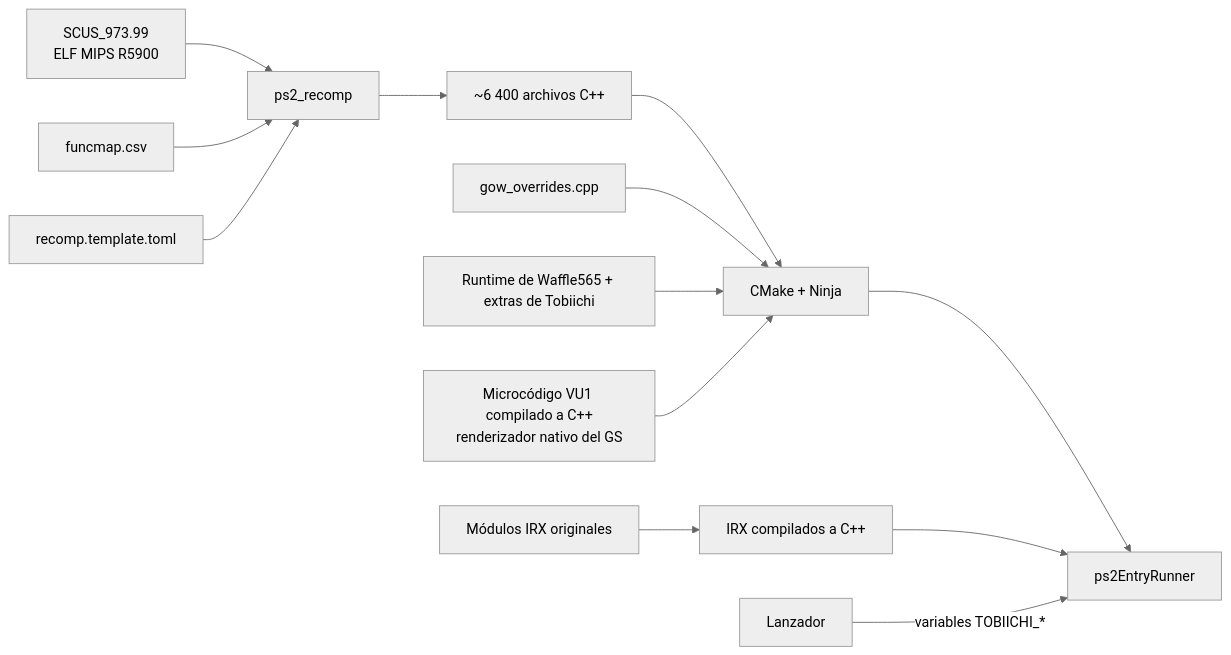
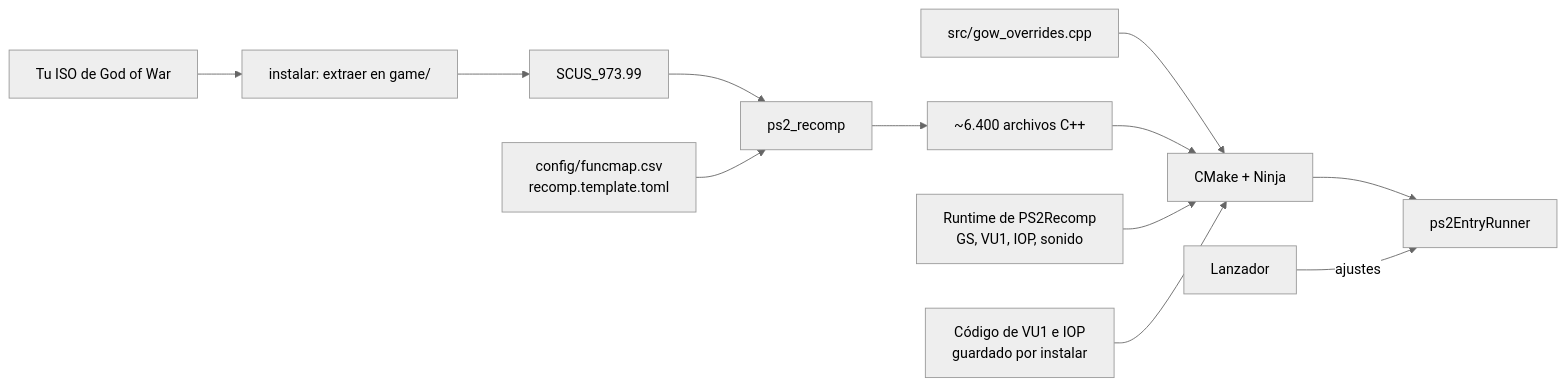
Before and after one commit to YYOzcan/Tobiichi-Port: the diagram in README.es.md, drawn with Mermaid (neutral theme). The commit also changed other lines of this file and 99 other files, not shown here.

````diff
--- a/README.es.md
+++ b/README.es.md
@@ -140,15 +212,14 @@
 ```mermaid
 flowchart LR
-    A[SCUS_973.99<br/>ELF MIPS R5900] --> B[ps2_recomp]
-    M[funcmap.csv] --> B
-    C[recomp.template.toml] --> B
-    B --> D[~6 400 archivos C++]
-    D --> E[CMake + Ninja]
-    O[gow_overrides.cpp] --> E
-    P[Runtime de Waffle565 + extras de Tobiichi] --> E
-    V[Microcódigo VU1 compilado a C++<br/>renderizador nativo del GS] --> E
-    E --> F[ps2EntryRunner]
-    I[Módulos IRX originales] --> G[IRX compilados a C++]
-    G --> F
-    L[Lanzador] -->|variables TOBIICHI_*| F
+    ISO[Tu ISO de God of War] --> X[instalar: extraer en game/]
+    X --> ELF[SCUS_973.99]
+    ELF --> R[ps2_recomp]
+    M[config/funcmap.csv<br/>recomp.template.toml] --> R
+    R --> C[~6.400 archivos C++]
+    O[src/gow_overrides.cpp] --> B[CMake + Ninja]
+    C --> B
+    RT[Runtime de PS2Recomp<br/>GS, VU1, IOP, sonido] --> B
+    V[Código de VU1 e IOP<br/>guardado por instalar] --> B
+    B --> G[ps2EntryRunner]
+    L[Lanzador] -->|ajustes| G
 ```
````
